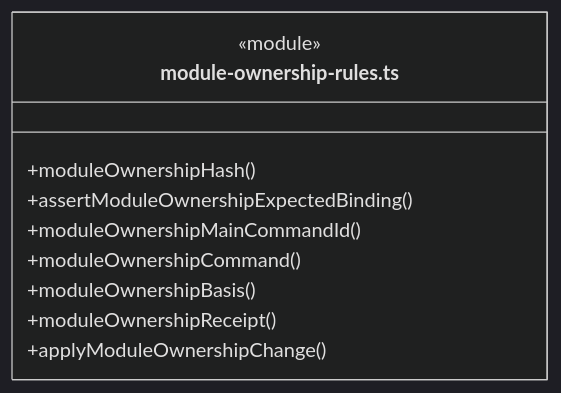
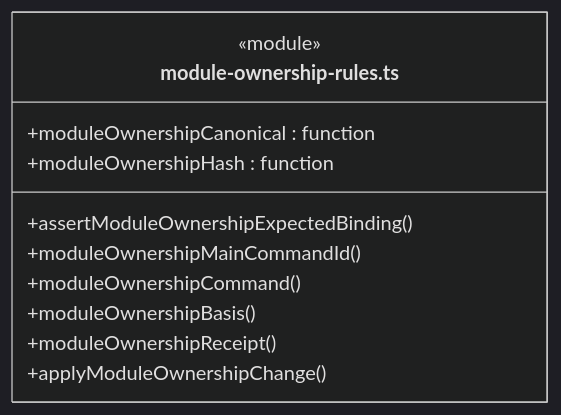
Before and after one commit to nan023062/cbim: diagram 18 of 40 in src/logic/workspace/rules/ARCHITECTURE.md, drawn with Mermaid (dark theme). The commit also changed other lines of this file and 137 other files, not shown here.

Commit message:
fix: align architecture generator with documentation standards

````diff
--- a/src/logic/workspace/rules/ARCHITECTURE.md
+++ b/src/logic/workspace/rules/ARCHITECTURE.md
@@ -580,13 +598,14 @@
 ```mermaid
 classDiagram
 class N_src_logic_workspace_rules_module_ownership_rules_ts["module-ownership-rules.ts"] {
   <<module>>
-  +moduleOwnershipHash()
   +assertModuleOwnershipExpectedBinding()
   +moduleOwnershipMainCommandId()
   +moduleOwnershipCommand()
   +moduleOwnershipBasis()
   +moduleOwnershipReceipt()
   +applyModuleOwnershipChange()
+  +moduleOwnershipCanonical : function
+  +moduleOwnershipHash : function
 }
 ```
````
